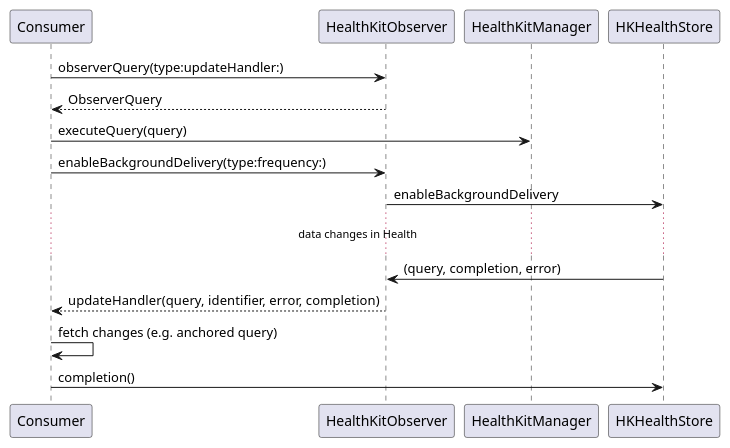
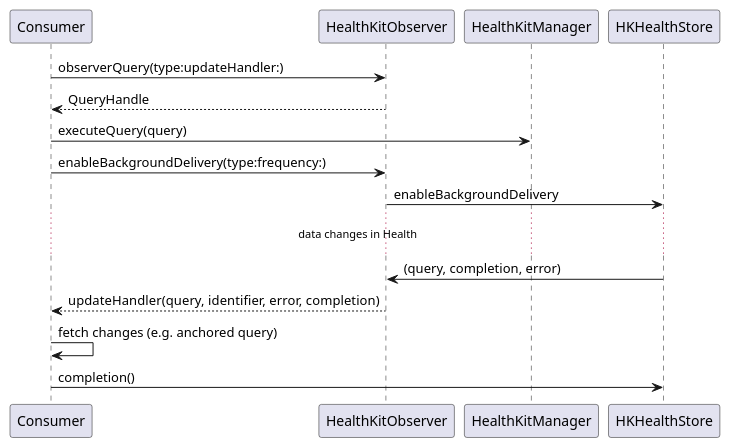
The third of 4 diagrams in docs/arc42/06-runtime-view.md (kvs-coder/HealthKitReporter), drawn with PlantUML before and after one commit. The commit also changed other lines of this file and 10 other files, not shown here.

````diff
--- a/docs/arc42/06-runtime-view.md
+++ b/docs/arc42/06-runtime-view.md
@@ -62,18 +63,18 @@
 ```plantuml
 @startuml
 participant Consumer
 participant HealthKitObserver as O
 participant HealthKitManager as M
 participant HKHealthStore as S
 Consumer -> O : observerQuery(type:updateHandler:)
-O --> Consumer : ObserverQuery
+O --> Consumer : QueryHandle
 Consumer -> M : executeQuery(query)
 Consumer -> O : enableBackgroundDelivery(type:frequency:)
 O -> S : enableBackgroundDelivery
 ... data changes in Health ...
 S -> O : (query, completion, error)
 O --> Consumer : updateHandler(query, identifier, error, completion)
 Consumer -> Consumer : fetch changes (e.g. anchored query)
 Consumer -> S : completion()
 @enduml
 ```
````
